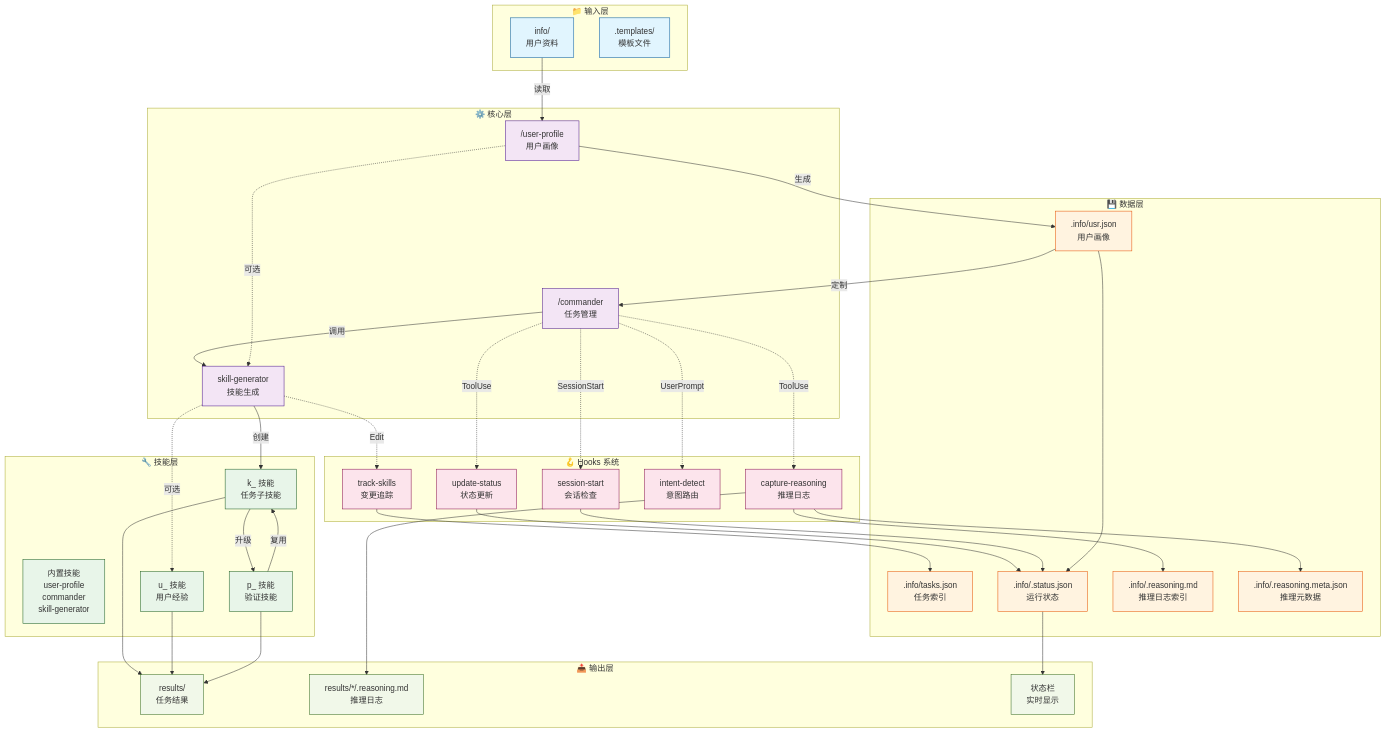
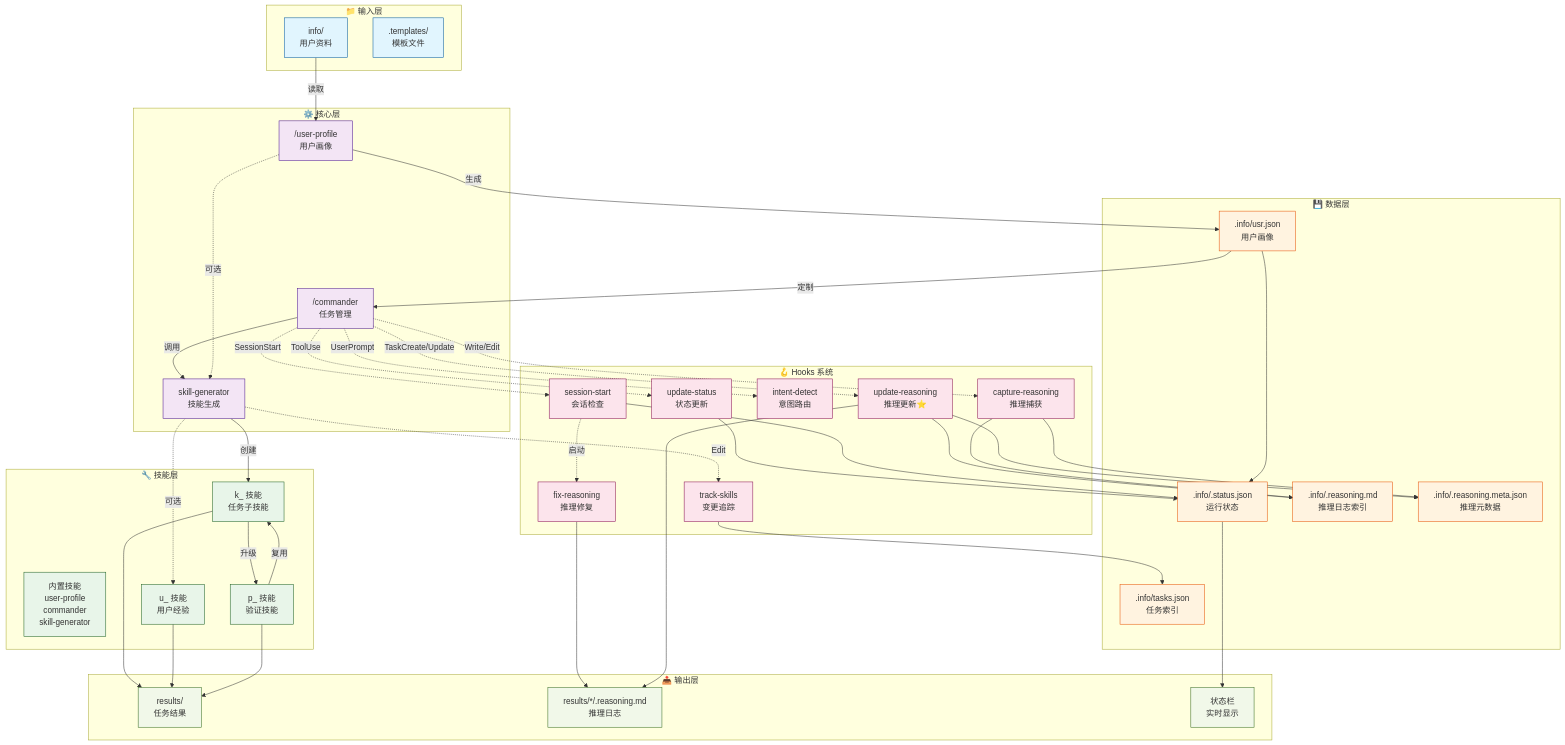
Before and after one commit to gqy20/Skills_demo: the diagram in README.md, drawn with Mermaid. The commit also changed other lines of this file and 5 other files, not shown here.

First line of the commit message:
feat: add auto-update reasoning hook for task operations

````diff
--- a/README.md
+++ b/README.md
@@ -37,7 +37,9 @@
         UT["update-status<br/>状态更新"]
         TS["track-skills<br/>变更追踪"]
         ID["intent-detect<br/>意图路由"]
-        CR["capture-reasoning<br/>推理日志"]
+        UR["update-reasoning<br/>推理更新⭐"]
+        CR["capture-reasoning<br/>推理捕获"]
+        FR["fix-reasoning<br/>推理修复"]
     end
 
     subgraph Output["📤 输出层"]
@@ -60,22 +62,27 @@
     %% Hooks 触发
     CMD -.->|SessionStart| SS
     CMD -.->|UserPrompt| ID
+    CMD -.->|TaskCreate/Update| UR
     CMD -.->|ToolUse| UT
-    CMD -.->|ToolUse| CR
+    CMD -.->|Write/Edit| CR
     SG -.->|Edit| TS
+    SS -.->|启动| FR
 
     %% 状态更新
     UT --> STATUS
     TS --> TASKS
     SS --> STATUS
+    UR --> REASON
+    UR --> META
     CR --> REASON
     CR --> META
+    FR --> REASON_FILES
 
     %% 输出
     KSKILL --> RESULTS
     USKILL --> RESULTS
     PSKILL --> RESULTS
-    CR --> REASON_FILES
+    UR --> REASON_FILES
     STATUS --> STATUSLINE
     USR --> STATUS
 
@@ -91,6 +98,6 @@
     class UP,CMD,SG coreStyle
     class USR,TASKS,STATUS,REASON,META dataStyle
     class BUILTIN,USKILL,PSKILL,KSKILL skillStyle
-    class SS,UT,TS,ID,CR hookStyle
+    class SS,UT,TS,ID,UR,CR,FR hookStyle
     class RESULTS,REASON_FILES,STATUSLINE outputStyle
 ```
````
